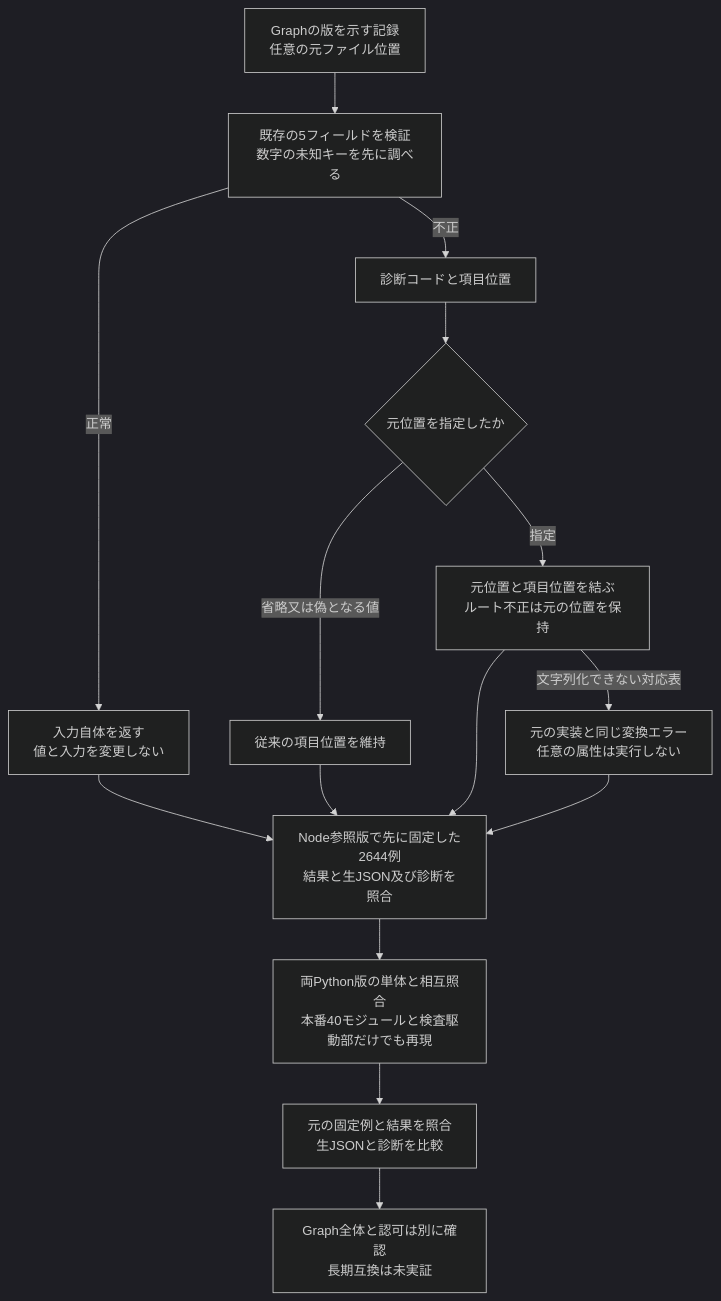
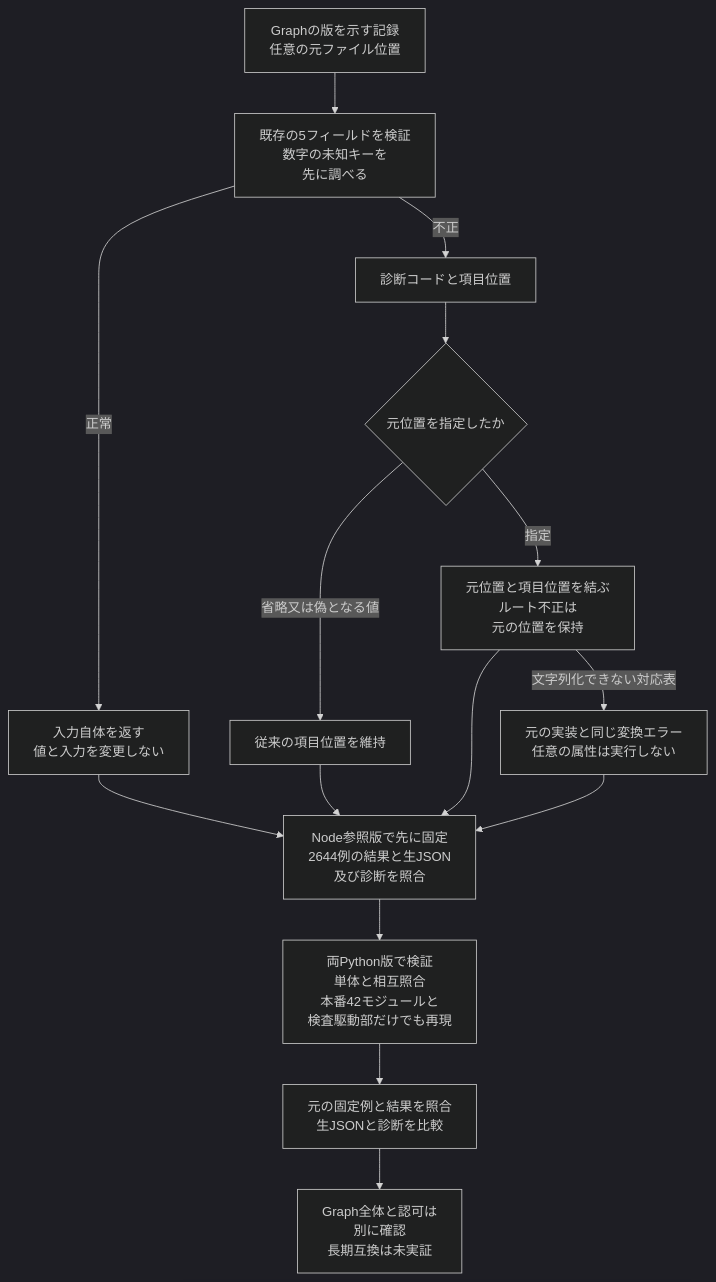
The diagram in docs/diagrams/python-graph-revision.mmd (koukemo/morivyx), drawn with Mermaid (dark theme) before and after one commit. The commit also changed 28 other files, not shown here.

```diff
--- a/docs/diagrams/python-graph-revision.mmd
+++ b/docs/diagrams/python-graph-revision.mmd
@@ -1,15 +1,15 @@
 flowchart TD
-  A[Graphの版を示す記録<br/>任意の元ファイル位置] --> B[既存の5フィールドを検証<br/>数字の未知キーを先に調べる]
+  A[Graphの版を示す記録<br/>任意の元ファイル位置] --> B[既存の5フィールドを検証<br/>数字の未知キーを<br/>先に調べる]
   B -->|正常| C[入力自体を返す<br/>値と入力を変更しない]
   B -->|不正| D[診断コードと項目位置]
   D --> E{元位置を指定したか}
   E -->|省略又は偽となる値| F[従来の項目位置を維持]
-  E -->|指定| G[元位置と項目位置を結ぶ<br/>ルート不正は元の位置を保持]
+  E -->|指定| G[元位置と項目位置を結ぶ<br/>ルート不正は<br/>元の位置を保持]
   G -->|文字列化できない対応表| H[元の実装と同じ変換エラー<br/>任意の属性は実行しない]
-  C --> I[Node参照版で先に固定した2644例<br/>結果と生JSON及び診断を照合]
+  C --> I[Node参照版で先に固定<br/>2644例の結果と生JSON<br/>及び診断を照合]
   F --> I
   G --> I
   H --> I
-  I --> J[両Python版の単体と相互照合<br/>本番40モジュールと検査駆動部だけでも再現]
+  I --> J[両Python版で検証<br/>単体と相互照合<br/>本番42モジュールと<br/>検査駆動部だけでも再現]
   J --> K[元の固定例と結果を照合<br/>生JSONと診断を比較]
-  K --> L[Graph全体と認可は別に確認<br/>長期互換は未実証]
+  K --> L[Graph全体と認可は<br/>別に確認<br/>長期互換は未実証]
```
